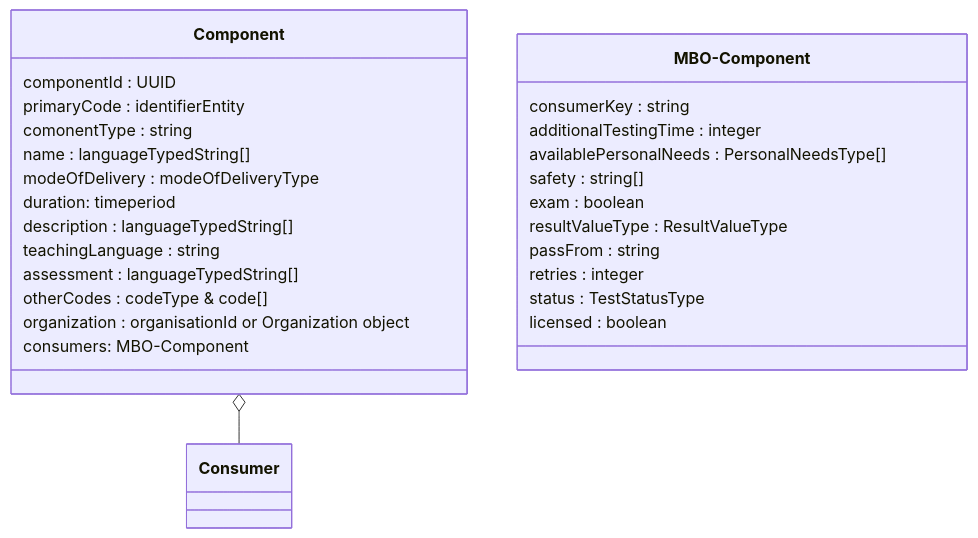
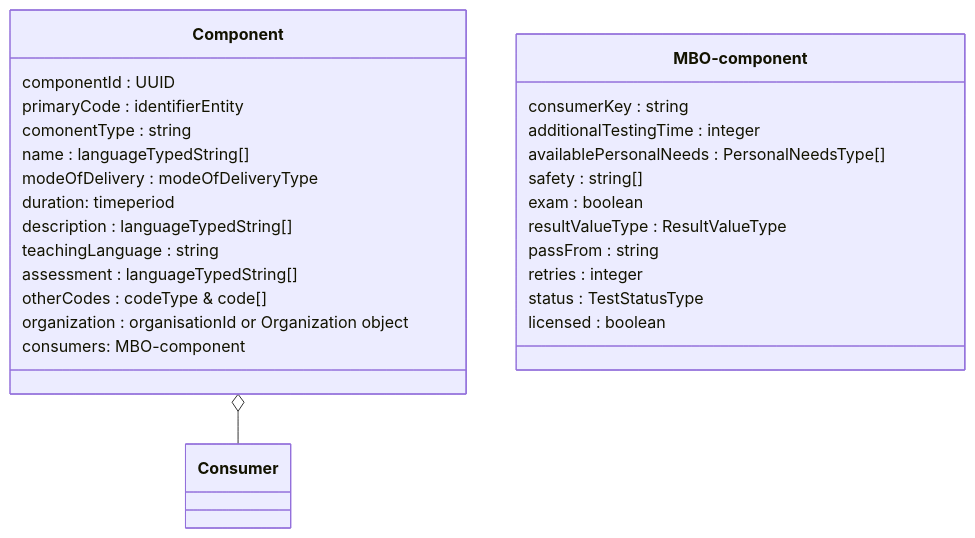
One commit to NetwerkExamineringDigitalisering/NED-OOAPI changed the second of 3 diagrams in doc/flow0.md. Above: the diagram before and after it, drawn with Mermaid.

````diff
--- a/doc/flow0.md
+++ b/doc/flow0.md
@@ -21,30 +21,30 @@
 ```mermaid
 classDiagram
     class Component {
     	componentId : UUID
 	primaryCode : identifierEntity
 	comonentType : string
 	name : languageTypedString[]
 	modeOfDelivery : modeOfDeliveryType
     duration: timeperiod
 	description : languageTypedString[]
 	teachingLanguage : string
 	assessment : languageTypedString[]
 	otherCodes : codeType & code[]
 	organization : organisationId or Organization object
-    consumers: MBO-Component
+    consumers: MBO-component
     }
-    class MBO-Component {
+    class MBO-component {
     	consumerKey : string
 	additionalTestingTime : integer
 	availablePersonalNeeds : PersonalNeedsType[]
 	safety : string[]
 	exam : boolean
 	resultValueType : ResultValueType
 	passFrom : string
 	retries : integer
 	status : TestStatusType
 	licensed : boolean
     }
     Component o-- Consumer
 ```
````
